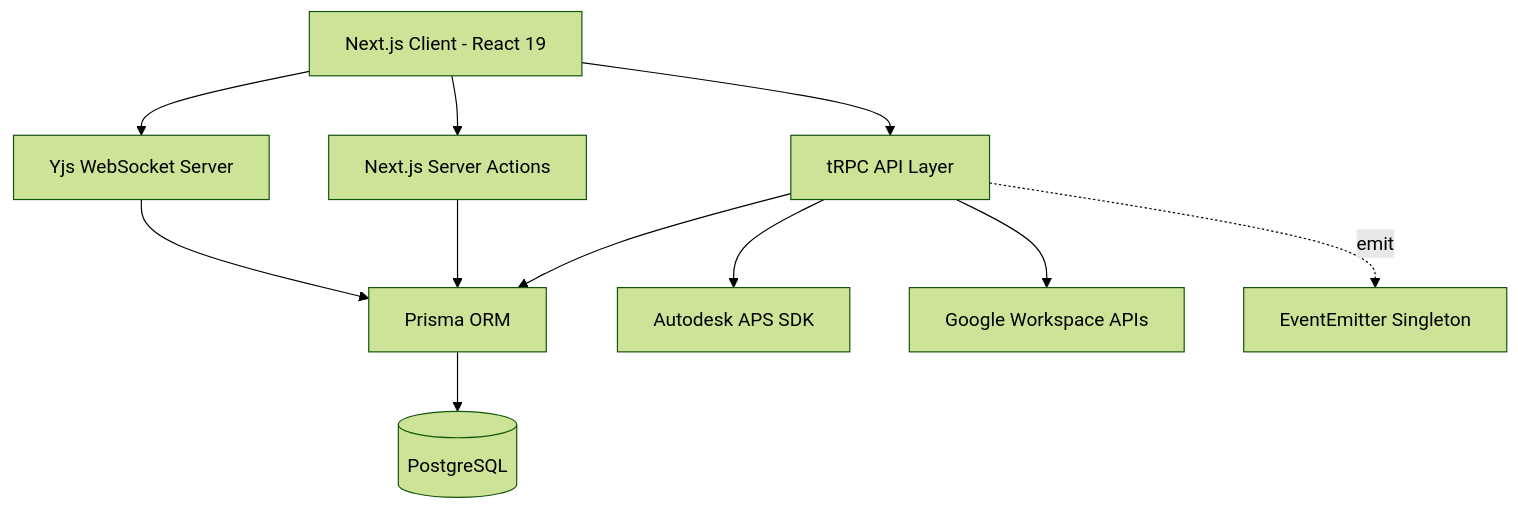
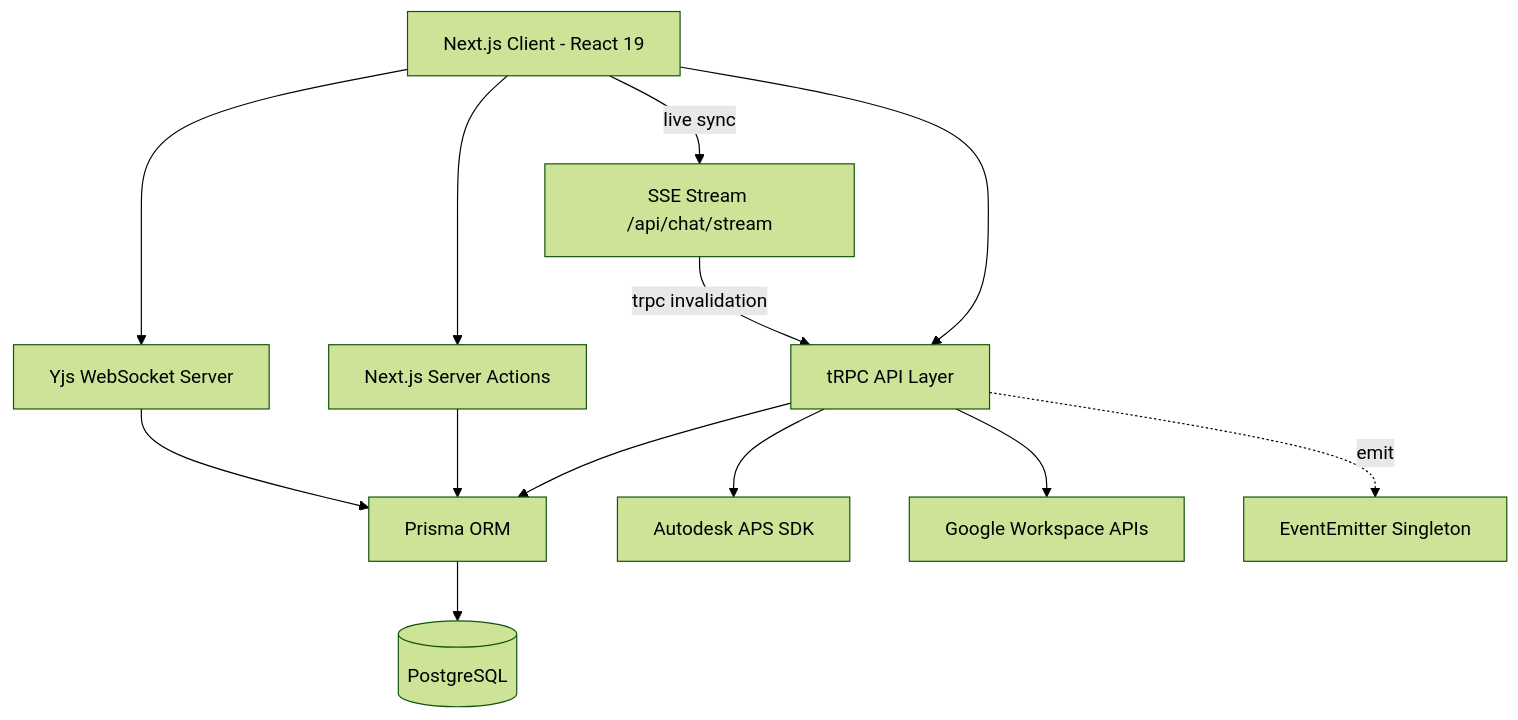
The diagram in .gsd/ARCHITECTURE.md (lecgarq/Dashboard), drawn with Mermaid (forest theme) before and after one commit. The commit also changed other lines of this file and 2 other files, not shown here.

````diff
--- a/.gsd/ARCHITECTURE.md
+++ b/.gsd/ARCHITECTURE.md
@@ -9,23 +9,26 @@
 ```mermaid
 graph TD
     Client[Next.js Client - React 19]
     TRPC[tRPC API Layer]
     Actions[Next.js Server Actions]
     Prisma[Prisma ORM]
     DB[(PostgreSQL)]
     APS[Autodesk APS SDK]
     Google[Google Workspace APIs]
     Yjs[Yjs WebSocket Server]
     Events[EventEmitter Singleton]
+    SSE[SSE Stream /api/chat/stream]
 
     Client --> TRPC
     Client --> Actions
     Client --> Yjs
+    Client -- live sync --> SSE
+    SSE -- trpc invalidation --> TRPC
     TRPC --> Prisma
     Actions --> Prisma
     Prisma --> DB
     TRPC --> APS
     TRPC --> Google
     TRPC -. emit .-> Events
     Yjs --> Prisma
 ```
````
